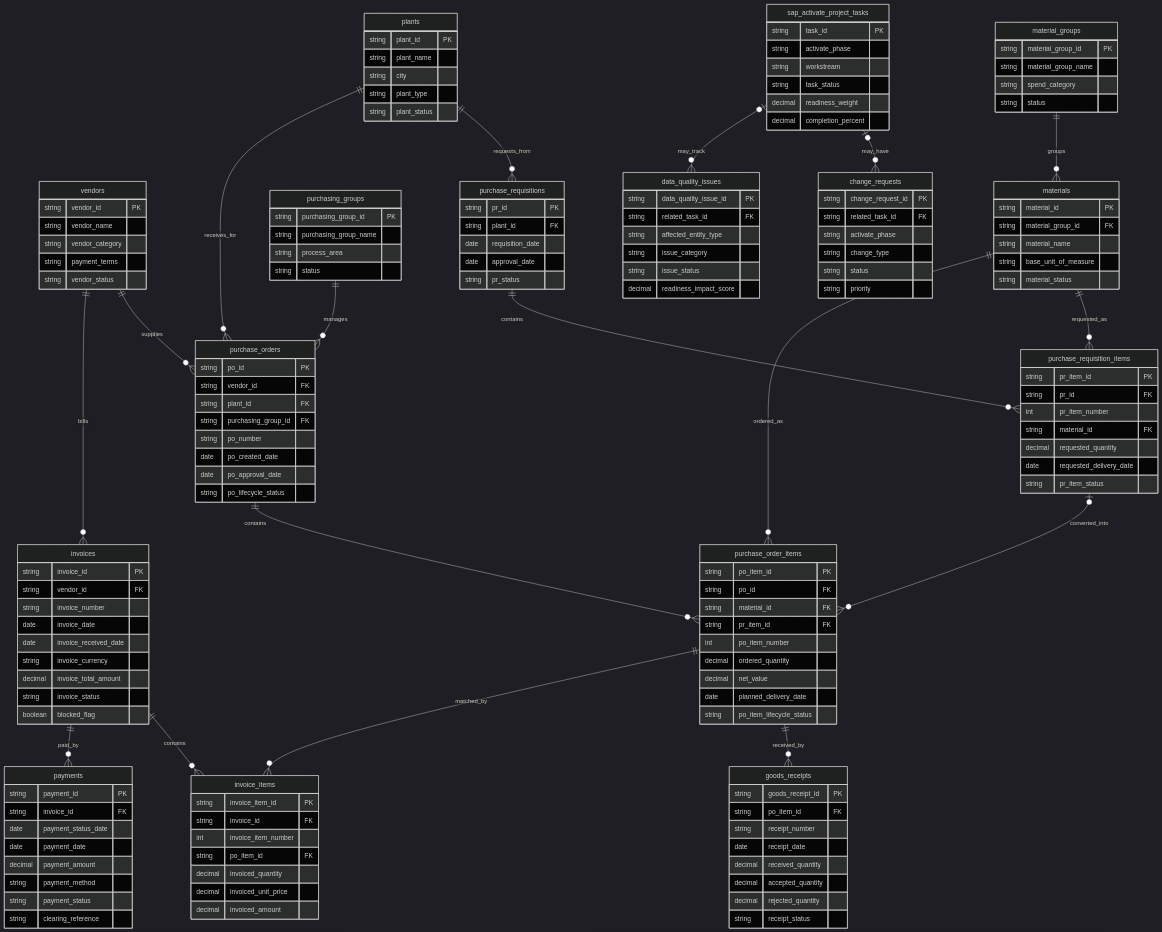
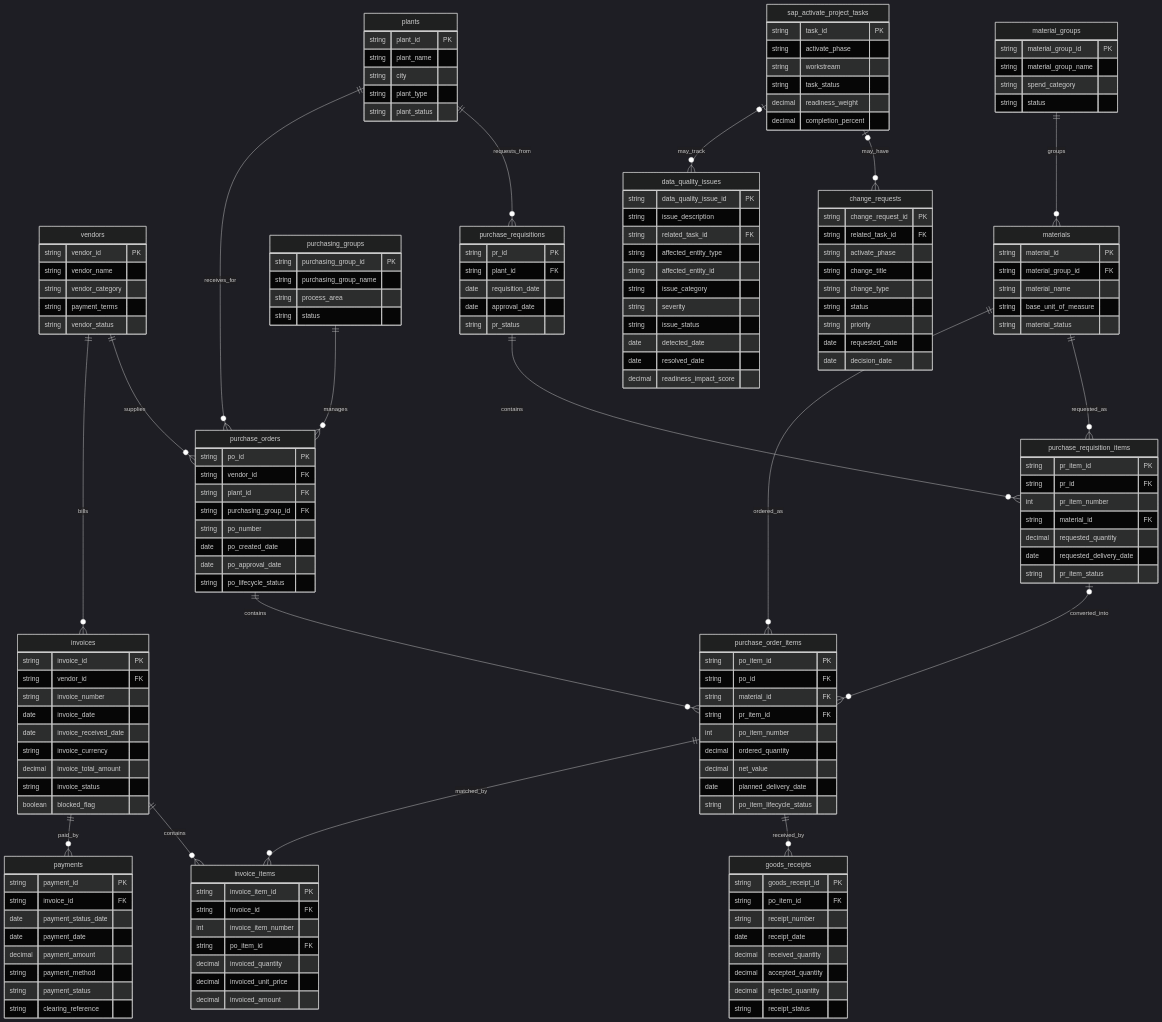
The diagram in docs/data_model.md (enes-fe/sap-activate-erp-procurement-analytics), drawn with Mermaid (dark theme) before and after one commit. The commit also changed other lines of this file and 6 other files, not shown here.

````diff
--- a/docs/data_model.md
+++ b/docs/data_model.md
@@ -542,17 +578,25 @@
         string change_request_id PK
         string related_task_id FK
         string activate_phase
+        string change_title
         string change_type
         string status
         string priority
+        date requested_date
+        date decision_date
     }
 
     data_quality_issues {
         string data_quality_issue_id PK
+        string issue_description
         string related_task_id FK
         string affected_entity_type
+        string affected_entity_id
         string issue_category
+        string severity
         string issue_status
+        date detected_date
+        date resolved_date
         decimal readiness_impact_score
     }
 ```
````
